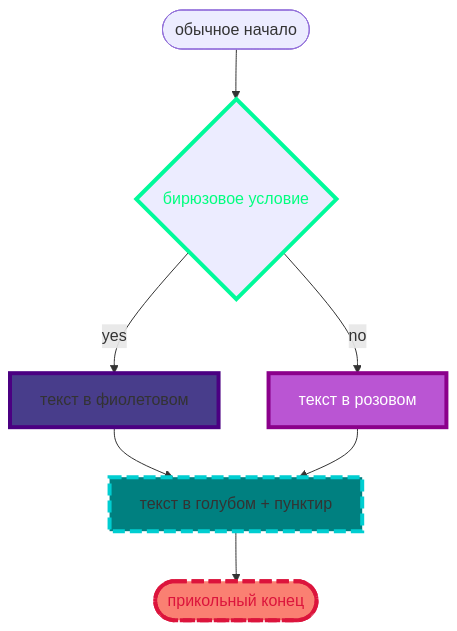
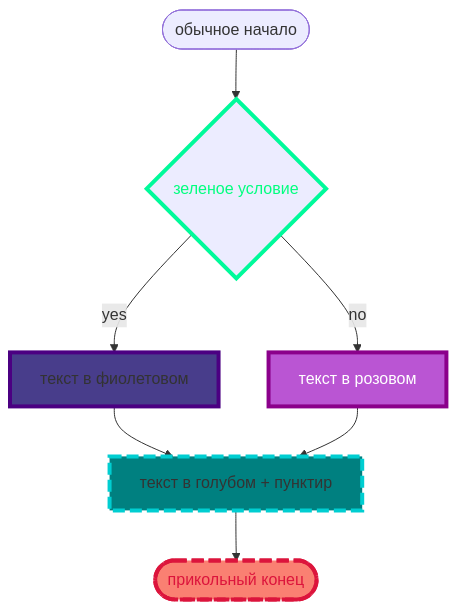
One commit to SofiiaBobr5565/Mermaid_syntax_hints_for_md changed diagram 13 of 14 in README.md. Above: the diagram before and after it, drawn with Mermaid.

````diff
--- a/README.md
+++ b/README.md
@@ -131,13 +131,13 @@
 ```mermaid
 flowchart TB
     style b color:SpringGreen,stroke:MediumSpringGreen,stroke-width:4px
     style i1 fill:#483D8B,stroke:#4B0082,stroke-width:4px
     style i2 fill:#BA55D3,stroke:DarkMagenta,stroke-width:4px,color:#FFFFFF
     style i3 fill:#008080,stroke:#00CED1,stroke-width:4px,stroke-dasharray: 12 5
     style f  fill:#FA8072,stroke:#DC143C,stroke-width:4px,color:#DC143C,stroke-dasharray: 12 5
-    b{бирюзовое условие}
+    b{зеленое условие}
     a(["обычное начало"])-->b
     b--> |yes|i1["текст в фиолетовом"]--> i3["текст в голубом + пунктир"]
     b--> |no|i2["текст в розовом"]--> i3
     i3-->f(["прикольный конец"])
 ```  
````
